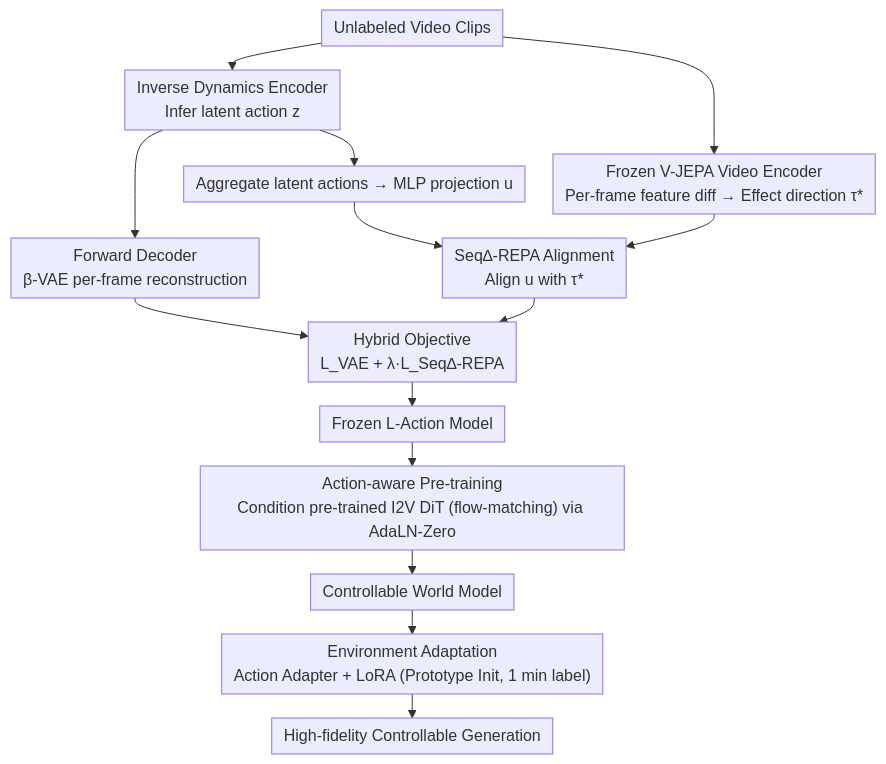
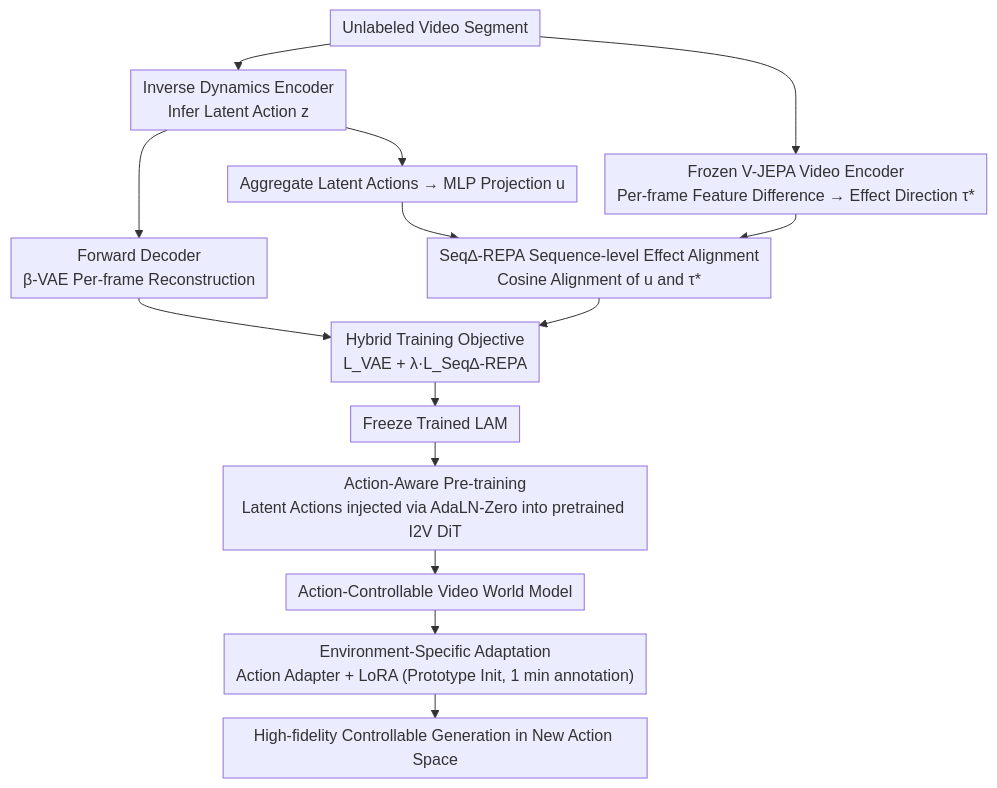
One commit to zhaoyang97/Paper-Notes-en changed the diagram in docs/ICML2026/video_generation/olaf-world_orienting_latent_actions_for_video_world_modeling.md. Above: the diagram before and after it, drawn with Mermaid. The commit also changed other lines of this file and 5084 other files, not shown here.

````diff
--- a/docs/ICML2026/video_generation/olaf-world_orienting_latent_actions_for_video_world_modeling.md
+++ b/docs/ICML2026/video_generation/olaf-world_orienting_latent_actions_for_video_world_modeling.md
@@ -44,17 +44,17 @@
 ```mermaid
 %%{init: {'flowchart': {'rankSpacing': 24, 'nodeSpacing': 28, 'padding': 6, 'wrappingWidth': 400}}}%%
 flowchart TD
-    V["Unlabeled Video Clips"] --> ENC["Inverse Dynamics Encoder<br/>Infer latent action z"]
-    V --> JEPA["Frozen V-JEPA Video Encoder<br/>Per-frame feature diff → Effect direction τ*"]
-    ENC --> DEC["Forward Decoder<br/>β-VAE per-frame reconstruction"]
-    ENC --> AGG["Aggregate latent actions → MLP projection u"]
-    JEPA --> ALIGN["Seq∆-REPA Alignment<br/>Align u with τ*"]
+    V["Unlabeled Video Segment"] --> ENC["Inverse Dynamics Encoder<br/>Infer Latent Action z"]
+    V --> JEPA["Frozen V-JEPA Video Encoder<br/>Per-frame Feature Difference → Effect Direction τ*"]
+    ENC --> DEC["Forward Decoder<br/>β-VAE Per-frame Reconstruction"]
+    ENC --> AGG["Aggregate Latent Actions → MLP Projection u"]
+    JEPA --> ALIGN["Seq∆-REPA Sequence-level Effect Alignment<br/>Cosine Alignment of u and τ*"]
     AGG --> ALIGN
-    DEC --> OBJ["Hybrid Objective<br/>L_VAE + λ·L_Seq∆-REPA"]
+    DEC --> OBJ["Hybrid Training Objective<br/>L_VAE + λ·L_Seq∆-REPA"]
     ALIGN --> OBJ
-    OBJ --> FROZEN["Frozen L-Action Model"]
-    FROZEN --> PRE["Action-aware Pre-training<br/>Condition pre-trained I2V DiT (flow-matching) via AdaLN-Zero"]
-    PRE --> WM["Controllable World Model"]
-    WM --> ADAPT["Environment Adaptation<br/>Action Adapter + LoRA (Prototype Init, 1 min label)"]
-    ADAPT --> OUT["High-fidelity Controllable Generation"]
+    OBJ --> FROZEN["Freeze Trained LAM"]
+    FROZEN --> PRE["Action-Aware Pre-training<br/>Latent Actions injected via AdaLN-Zero into pretrained I2V DiT"]
+    PRE --> WM["Action-Controllable Video World Model"]
+    WM --> ADAPT["Environment-Specific Adaptation<br/>Action Adapter + LoRA (Prototype Init, 1 min annotation)"]
+    ADAPT --> OUT["High-fidelity Controllable Generation in New Action Space"]
 ```
````
